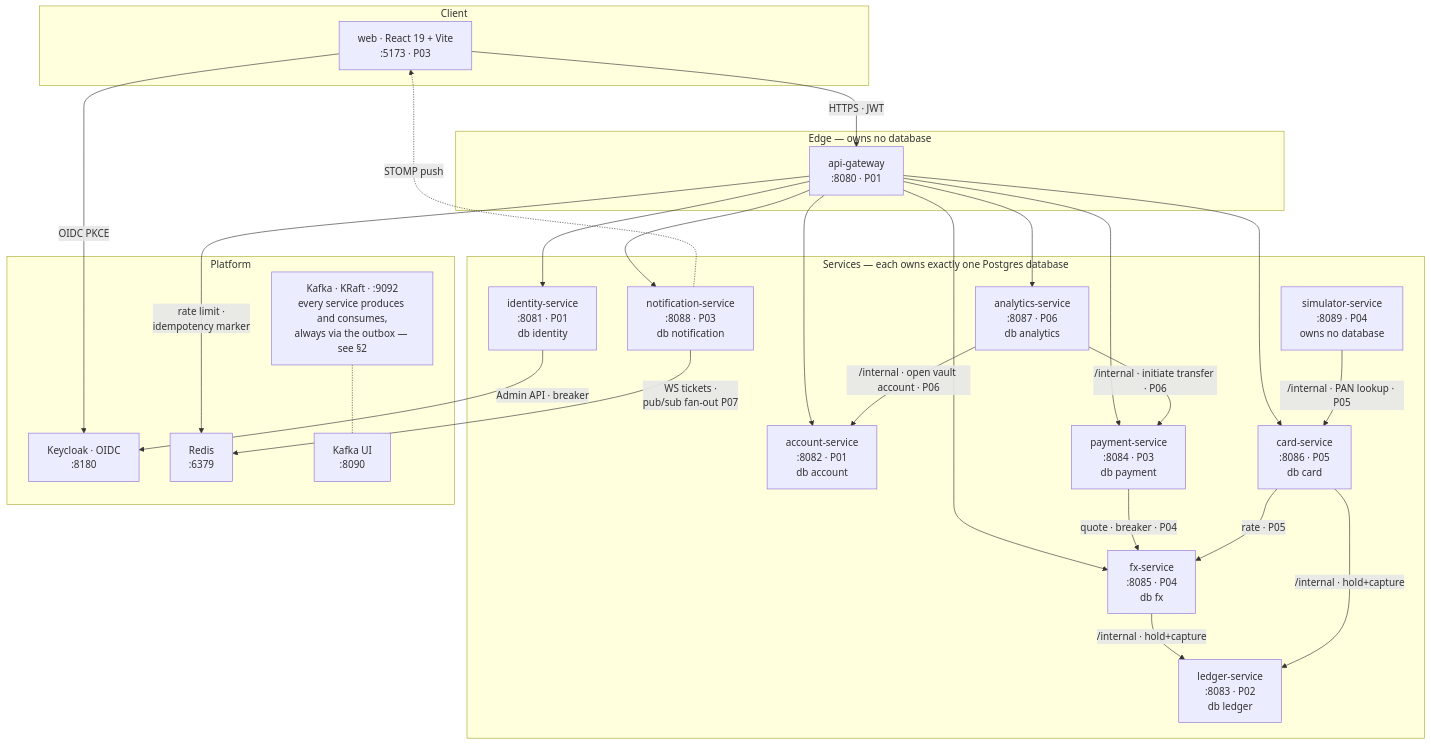
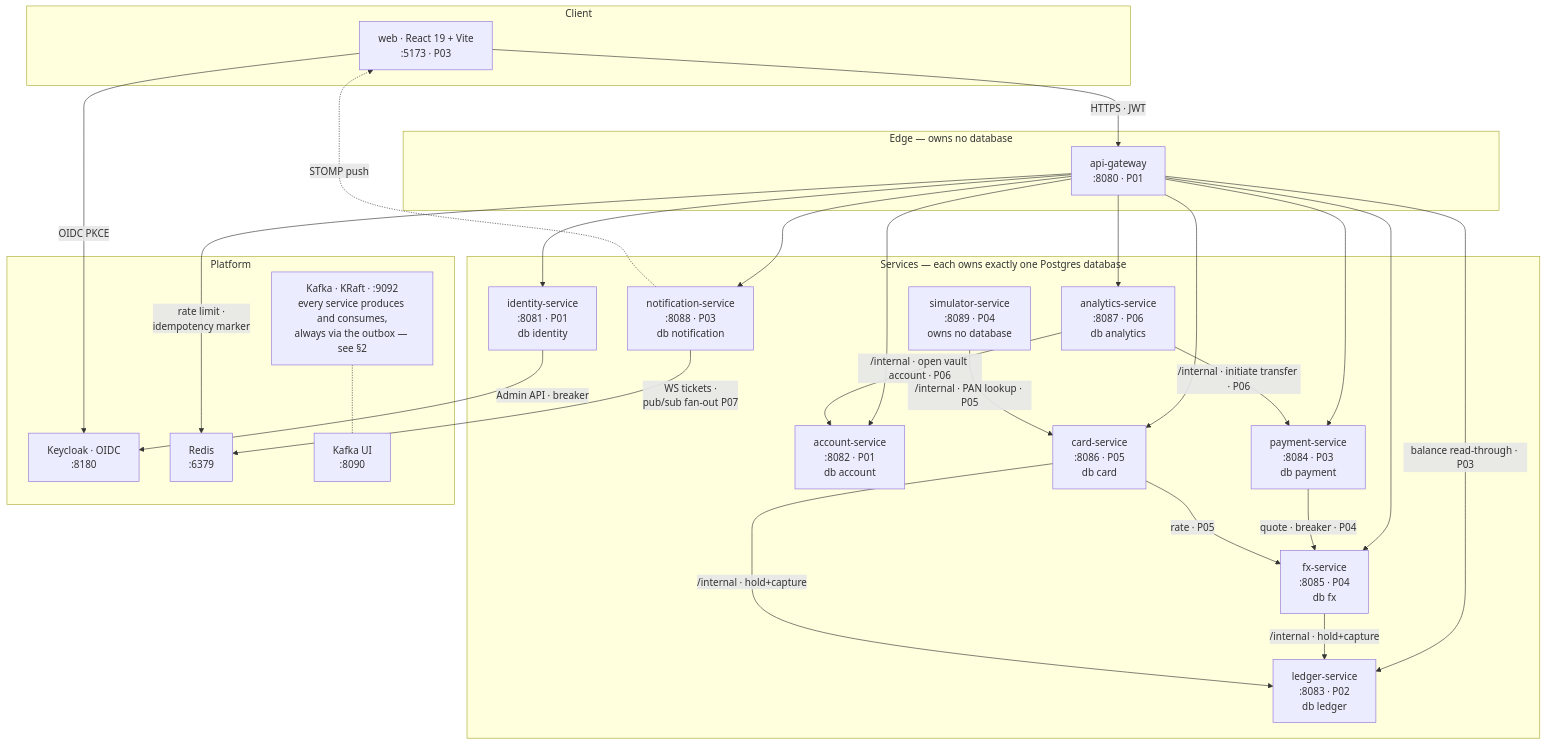
Before and after one commit to georgivelikov/revo-clone: the first of 6 diagrams in docs/architecture.md, drawn with Mermaid. The commit also changed other lines of this file, not shown here.

````diff
--- a/docs/architecture.md
+++ b/docs/architecture.md
@@ -27,54 +30,55 @@
 ```mermaid
 flowchart TB
     subgraph client["Client"]
         WEB["web · React 19 + Vite<br/>:5173 · P03"]
     end
 
     subgraph edge["Edge — owns no database"]
         GW["api-gateway<br/>:8080 · P01"]
     end
 
     subgraph svc["Services — each owns exactly one Postgres database"]
         IDENT["identity-service<br/>:8081 · P01<br/>db identity"]
         ACCT["account-service<br/>:8082 · P01<br/>db account"]
         LEDG["ledger-service<br/>:8083 · P02<br/>db ledger"]
         PAY["payment-service<br/>:8084 · P03<br/>db payment"]
         NOTIF["notification-service<br/>:8088 · P03<br/>db notification"]
         FX["fx-service<br/>:8085 · P04<br/>db fx"]
         CARD["card-service<br/>:8086 · P05<br/>db card"]
         ANL["analytics-service<br/>:8087 · P06<br/>db analytics"]
         SIM["simulator-service<br/>:8089 · P04<br/>owns no database"]
     end
 
     subgraph plat["Platform"]
         KC["Keycloak · OIDC<br/>:8180"]
         REDIS["Redis<br/>:6379"]
         KAFKA["Kafka · KRaft · :9092<br/>every service produces and consumes,<br/>always via the outbox — see §2"]
         KUI["Kafka UI<br/>:8090"]
     end
 
     WEB -->|"HTTPS · JWT"| GW
     WEB -->|"OIDC PKCE"| KC
     NOTIF -.->|"STOMP push"| WEB
 
     GW --> IDENT
     GW --> ACCT
     GW --> PAY
     GW --> FX
     GW --> CARD
     GW --> ANL
     GW --> NOTIF
+    GW -->|"balance read-through · P03"| LEDG
     GW -->|"rate limit ·<br/>idempotency marker"| REDIS
 
     IDENT -->|"Admin API · breaker"| KC
     PAY -->|"quote · breaker · P04"| FX
     CARD -->|"rate · P05"| FX
     FX -->|"/internal · hold+capture"| LEDG
     CARD -->|"/internal · hold+capture"| LEDG
     SIM -->|"/internal · PAN lookup · P05"| CARD
     ANL -->|"/internal · open vault account · P06"| ACCT
     ANL -->|"/internal · initiate transfer · P06"| PAY
     NOTIF -->|"WS tickets ·<br/>pub/sub fan-out P07"| REDIS
 
     KAFKA -.- KUI
 ```
````
